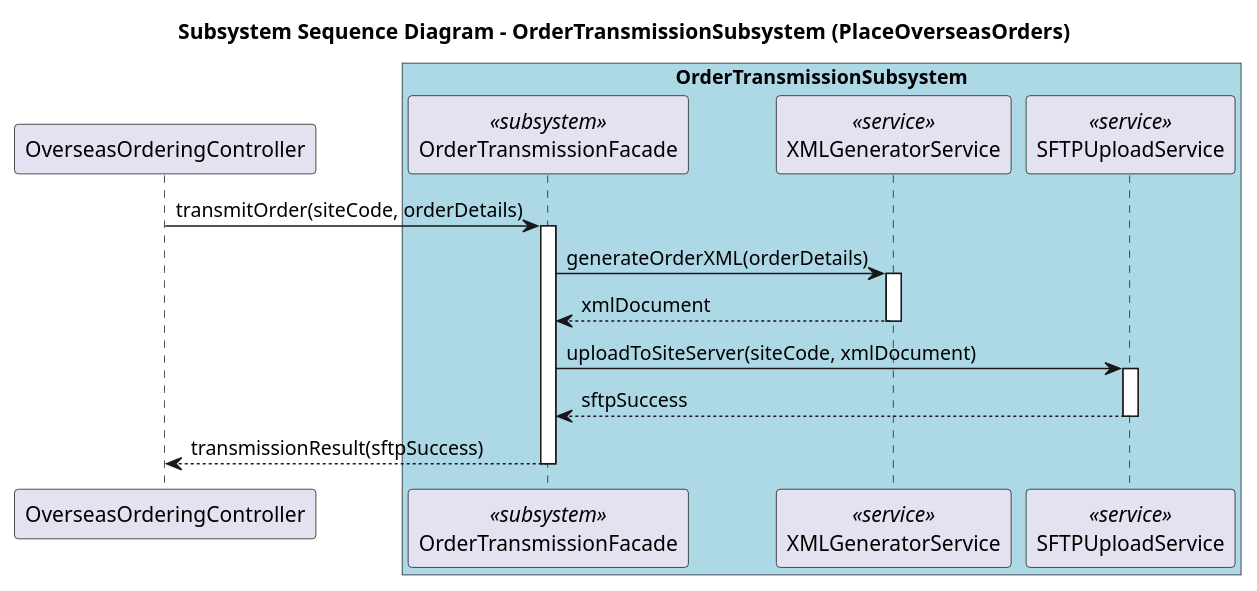
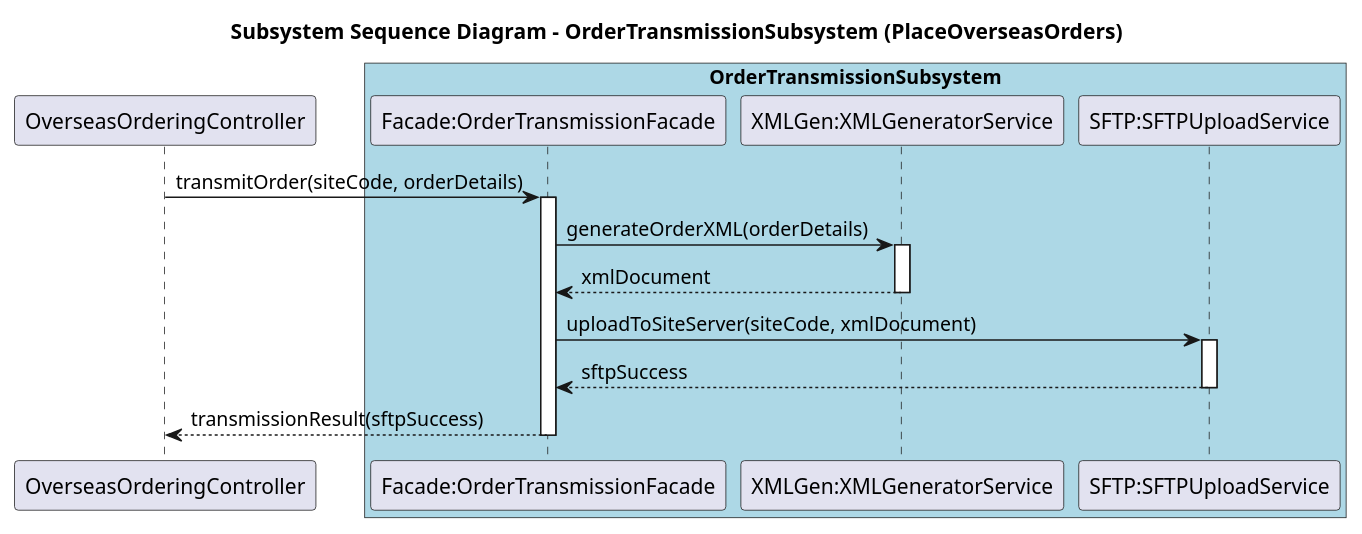
Before and after one commit to nqd2/2025.2-166155-15: the diagram in docs/details/UC005_PlaceOverseasOrders/sequence_subsystem_place_overseas_orders.puml, drawn with PlantUML. The commit also changed 176 other files, not shown here.

```diff
--- a/docs/details/UC005_PlaceOverseasOrders/sequence_subsystem_place_overseas_orders.puml
+++ b/docs/details/UC005_PlaceOverseasOrders/sequence_subsystem_place_overseas_orders.puml
@@ -1,26 +1,26 @@
 @startuml sequence_subsystem_place_overseas_orders
 title Subsystem Sequence Diagram - OrderTransmissionSubsystem (PlaceOverseasOrders)
 
 participant "OverseasOrderingController" as Client
 box "OrderTransmissionSubsystem" #LightBlue
-  participant "OrderTransmissionFacade" as Facade <<subsystem>>
-  participant "XMLGeneratorService" as XMLGen <<service>>
-  participant "SFTPUploadService" as SFTP <<service>>
+  participant "Facade:OrderTransmissionFacade" as Facade
+  participant "XMLGen:XMLGeneratorService" as XMLGen
+  participant "SFTP:SFTPUploadService" as SFTP
 end box
 
 Client -> Facade : transmitOrder(siteCode, orderDetails)
 activate Facade
 
 Facade -> XMLGen : generateOrderXML(orderDetails)
 activate XMLGen
 XMLGen --> Facade : xmlDocument
 deactivate XMLGen
 
 Facade -> SFTP : uploadToSiteServer(siteCode, xmlDocument)
 activate SFTP
 SFTP --> Facade : sftpSuccess
 deactivate SFTP
 
 Facade --> Client : transmissionResult(sftpSuccess)
 deactivate Facade
 @enduml
```
